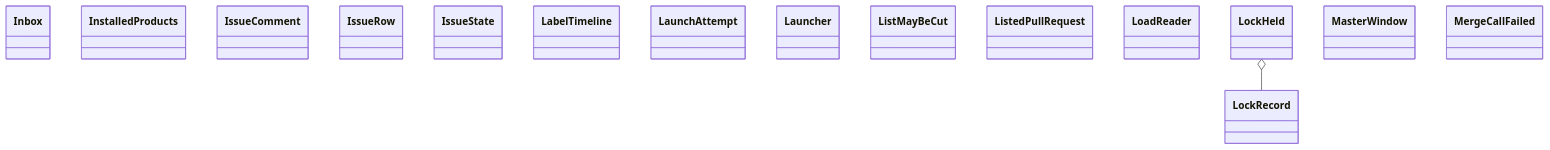
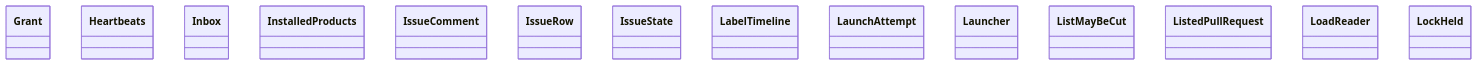
One commit to GonzaloZevallos/agentic-system changed the diagram in docs/architecture/generated/classes-process-application-support-3.md. Above: the diagram before and after it, drawn with Mermaid. The commit also changed other lines of this file and 24 other files, not shown here.

````diff
--- a/docs/architecture/generated/classes-process-application-support-3.md
+++ b/docs/architecture/generated/classes-process-application-support-3.md
@@ -19,19 +20,17 @@
 ```mermaid
 classDiagram
+    class ports__Grant["Grant"]
+    class ports__Heartbeats["Heartbeats"]
     class ports__Inbox["Inbox"]
     class ports__InstalledProducts["InstalledProducts"]
     class ports__IssueComment["IssueComment"]
     class ports__IssueRow["IssueRow"]
     class ports__IssueState["IssueState"]
     class ports__LabelTimeline["LabelTimeline"]
     class ports__LaunchAttempt["LaunchAttempt"]
     class ports__Launcher["Launcher"]
     class ports__ListMayBeCut["ListMayBeCut"]
     class ports__ListedPullRequest["ListedPullRequest"]
     class ports__LoadReader["LoadReader"]
     class ports__LockHeld["LockHeld"]
-    class ports__LockRecord["LockRecord"]
-    class ports__MasterWindow["MasterWindow"]
-    class ports__MergeCallFailed["MergeCallFailed"]
-    ports__LockHeld o-- ports__LockRecord
 ```
````
